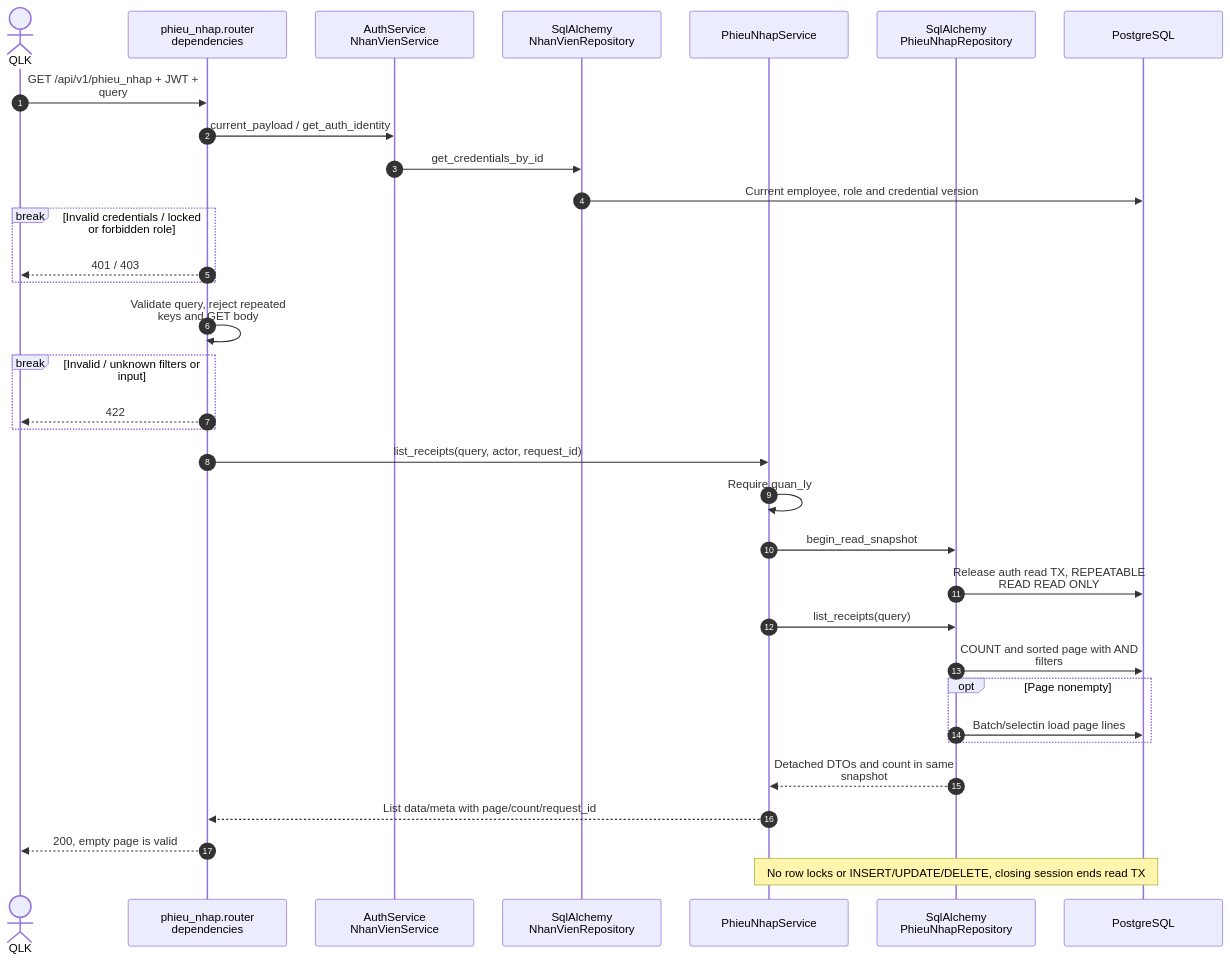
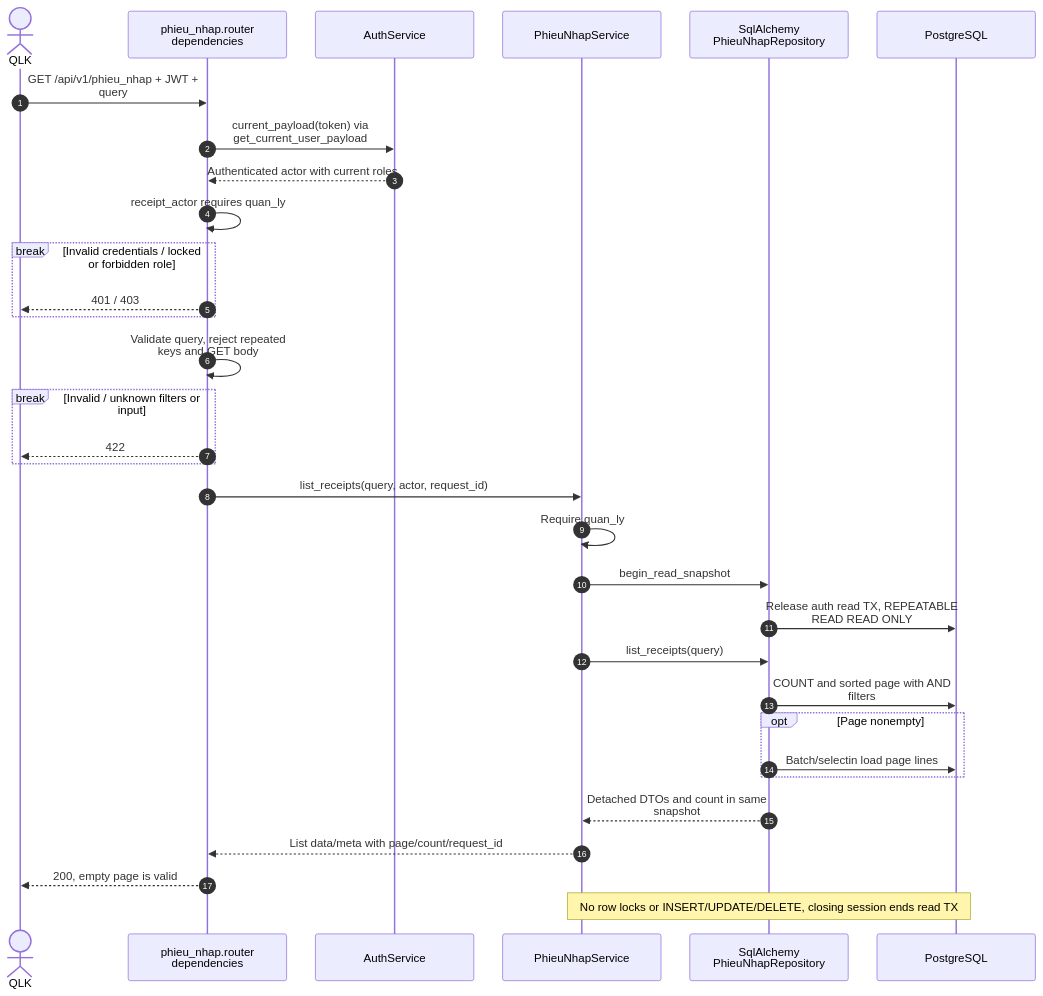
Before and after one commit to thanhklt/xbike-mrp-system: the first of 6 diagrams in docs/sequence/phieu_nhap.md, drawn with Mermaid. The commit also changed other lines of this file and 10 other files, not shown here.

````diff
--- a/docs/sequence/phieu_nhap.md
+++ b/docs/sequence/phieu_nhap.md
@@ -40,36 +44,35 @@
 ```mermaid
 %%{init: {"sequence": {"width": 220, "wrap": true, "actorMargin": 40}}}%%
 sequenceDiagram
     autonumber
     actor C as QLK
     participant R as phieu_nhap.router<br/>dependencies
-    participant A as AuthService<br/>NhanVienService
-    participant N as SqlAlchemy<br/>NhanVienRepository
+    participant A as AuthService
     participant S as PhieuNhapService
     participant P as SqlAlchemy<br/>PhieuNhapRepository
     participant DB as PostgreSQL
     C->>R: GET /api/v1/phieu_nhap + JWT + query
-    R->>A: current_payload / get_auth_identity
-    A->>N: get_credentials_by_id
-    N->>DB: Current employee, role and credential version
+    R->>A: current_payload(token) via get_current_user_payload
+    A-->>R: Authenticated actor with current roles
+    R->>R: receipt_actor requires quan_ly
     break Invalid credentials / locked or forbidden role
         R-->>C: 401 / 403
     end
     R->>R: Validate query, reject repeated keys and GET body
     break Invalid / unknown filters or input
         R-->>C: 422
     end
     R->>S: list_receipts(query, actor, request_id)
     S->>S: Require quan_ly
     S->>P: begin_read_snapshot
     P->>DB: Release auth read TX, REPEATABLE READ READ ONLY
     S->>P: list_receipts(query)
     P->>DB: COUNT and sorted page with AND filters
     opt Page nonempty
         P->>DB: Batch/selectin load page lines
     end
     P-->>S: Detached DTOs and count in same snapshot
     S-->>R: List data/meta with page/count/request_id
     R-->>C: 200, empty page is valid
     Note over S,DB: No row locks or INSERT/UPDATE/DELETE, closing session ends read TX
 ```
````
